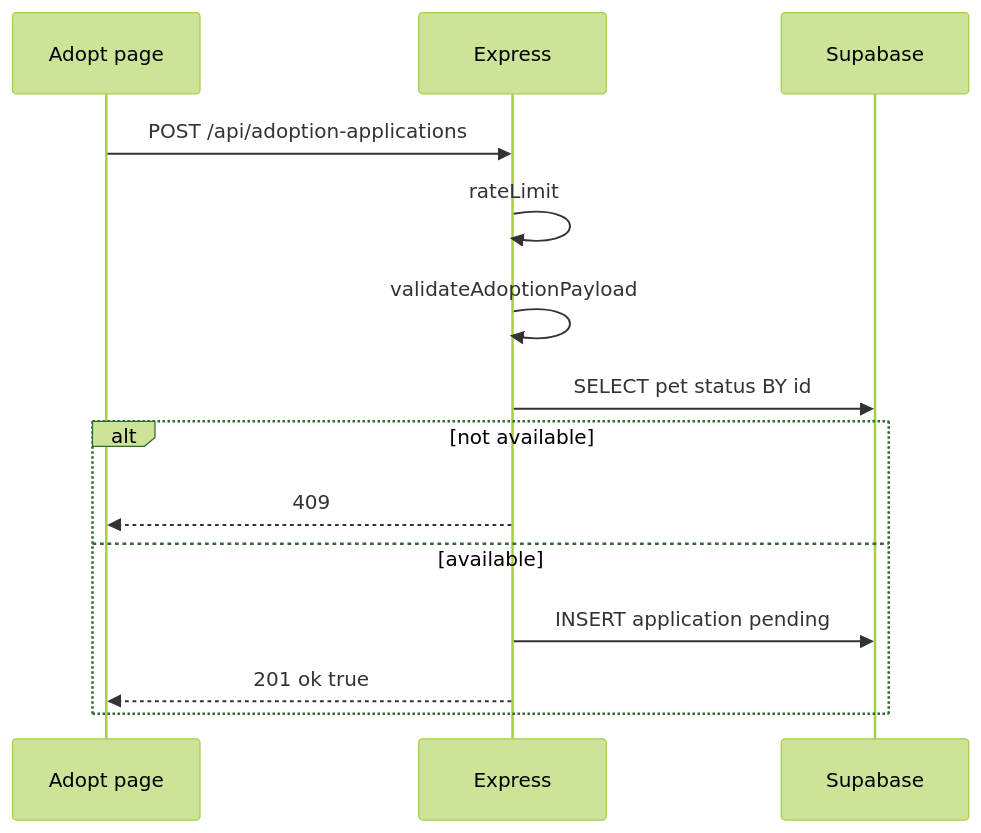
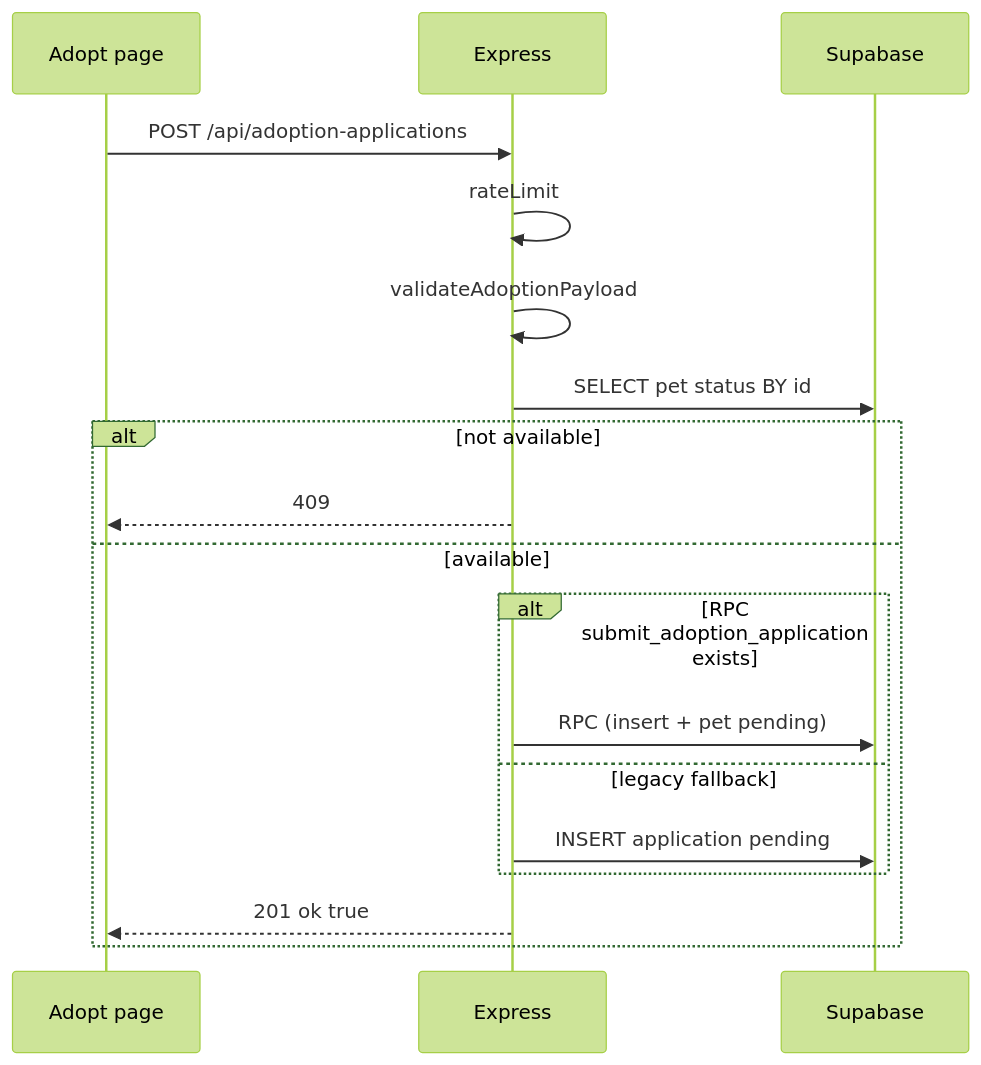
Before and after one commit to salieri009/GDGEvent: the second of 2 diagrams in docs/TDD.md, drawn with Mermaid (forest theme). The commit also changed other lines of this file and 58 other files, not shown here.

First line of the commit message:
feat: add v2 admin flow and PRD-aligned UX polish

````diff
--- a/docs/TDD.md
+++ b/docs/TDD.md
@@ -70,16 +79,20 @@
 ```mermaid
 sequenceDiagram
   participant F as Adopt page
   participant B as Express
   participant S as Supabase
   F->>B: POST /api/adoption-applications
   B->>B: rateLimit
   B->>B: validateAdoptionPayload
   B->>S: SELECT pet status BY id
   alt not available
     B-->>F: 409
   else available
-    B->>S: INSERT application pending
+    alt RPC submit_adoption_application exists
+      B->>S: RPC (insert + pet pending)
+    else legacy fallback
+      B->>S: INSERT application pending
+    end
     B-->>F: 201 ok true
   end
 ```
````
